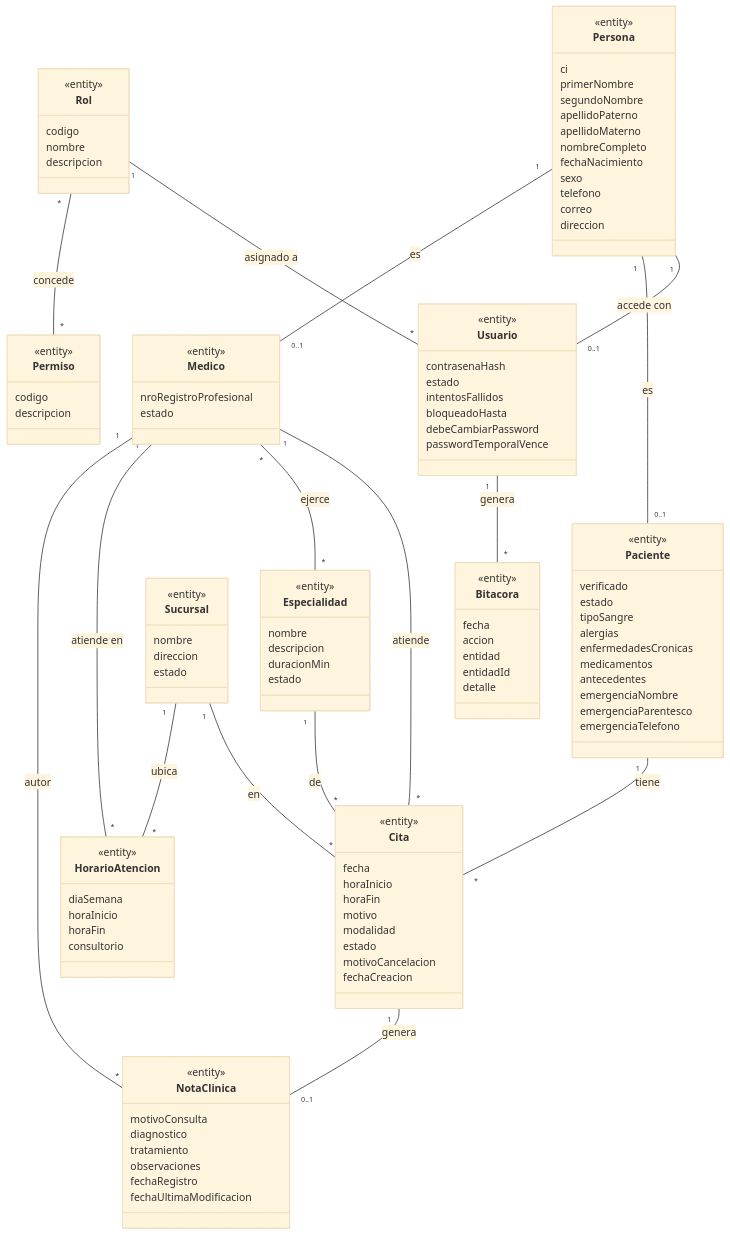
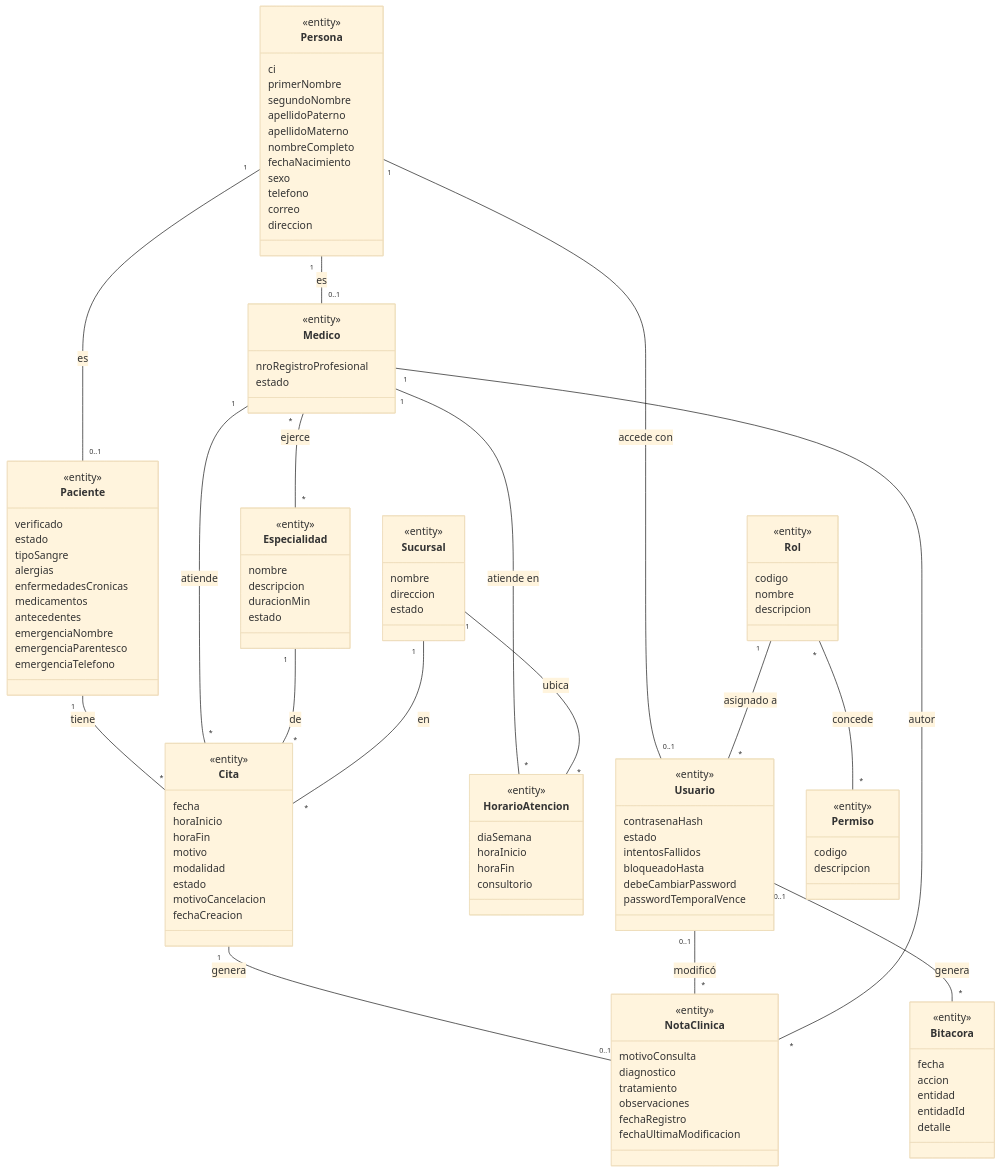
Before and after one commit to Einarpd26/2do-examen-ing-requisitos: diagram 18 of 37 in documento/Informe-Final.md, drawn with Mermaid (base theme). The commit also changed other lines of this file and 1 other file, not shown here.

````diff
--- a/documento/Informe-Final.md
+++ b/documento/Informe-Final.md
@@ -1403,7 +1407,7 @@
     Persona "1" -- "0..1" Usuario : accede con
     Persona "1" -- "0..1" Paciente : es
     Persona "1" -- "0..1" Medico : es
-    Usuario "1" -- "*" Bitacora : genera
+    Usuario "0..1" -- "*" Bitacora : genera
     Rol "1" -- "*" Usuario : asignado a
     Rol "*" -- "*" Permiso : concede
     Paciente "1" -- "*" Cita : tiene
@@ -1414,5 +1418,6 @@
     Medico "1" -- "*" HorarioAtencion : atiende en
     Sucursal "1" -- "*" HorarioAtencion : ubica
     Cita "1" -- "0..1" NotaClinica : genera
+    Usuario "0..1" -- "*" NotaClinica : modificó
     Medico "1" -- "*" NotaClinica : autor
 ```
````
